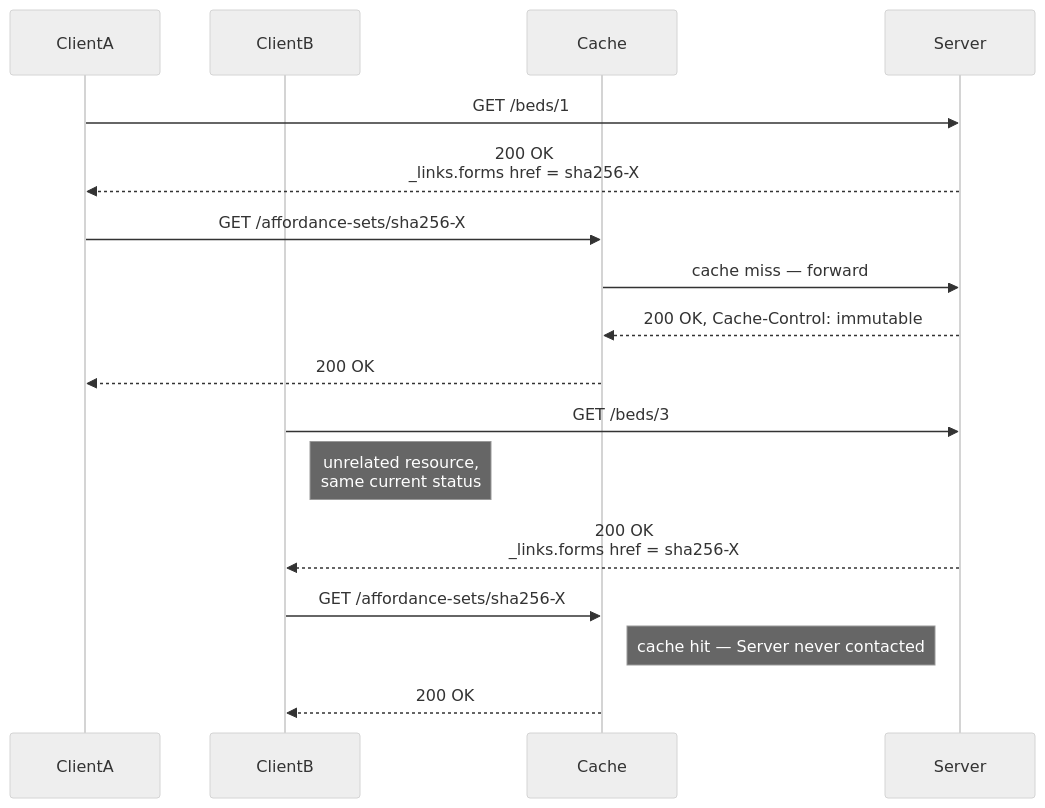
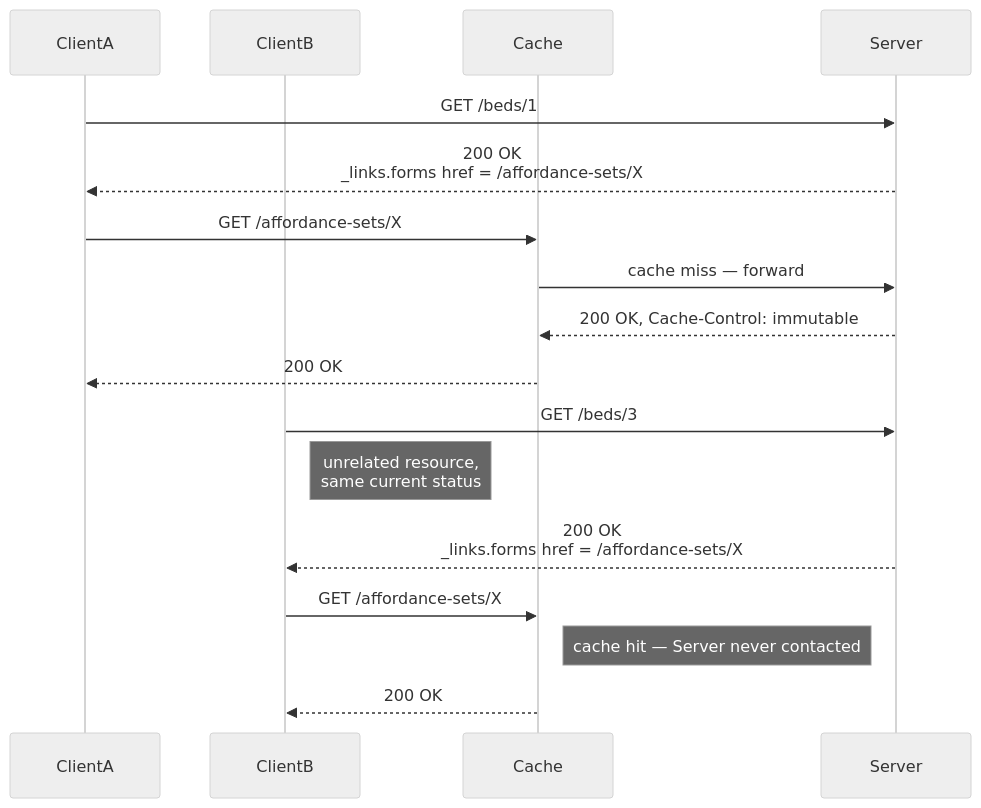
The fourth of 7 diagrams in spec/SPEC.md (JogoShugh/heart-rise-artie), drawn with Mermaid (neutral theme) before and after one commit. The commit also changed other lines of this file and 16 other files, not shown here.

````diff
--- a/spec/SPEC.md
+++ b/spec/SPEC.md
@@ -700,23 +700,23 @@
 ```mermaid
 sequenceDiagram
     participant ClientA
     participant ClientB
     participant Cache
     participant Server
 
     ClientA->>Server: GET /beds/1
-    Server-->>ClientA: 200 OK<br/>_links.forms href = sha256-X
+    Server-->>ClientA: 200 OK<br/>_links.forms href = /affordance-sets/X
 
-    ClientA->>Cache: GET /affordance-sets/sha256-X
+    ClientA->>Cache: GET /affordance-sets/X
     Cache->>Server: cache miss — forward
     Server-->>Cache: 200 OK, Cache-Control: immutable
     Cache-->>ClientA: 200 OK
 
     ClientB->>Server: GET /beds/3
     Note right of ClientB: unrelated resource,<br/>same current status
-    Server-->>ClientB: 200 OK<br/>_links.forms href = sha256-X
+    Server-->>ClientB: 200 OK<br/>_links.forms href = /affordance-sets/X
 
-    ClientB->>Cache: GET /affordance-sets/sha256-X
+    ClientB->>Cache: GET /affordance-sets/X
     Note right of Cache: cache hit — Server never contacted
     Cache-->>ClientB: 200 OK
 ```
````
